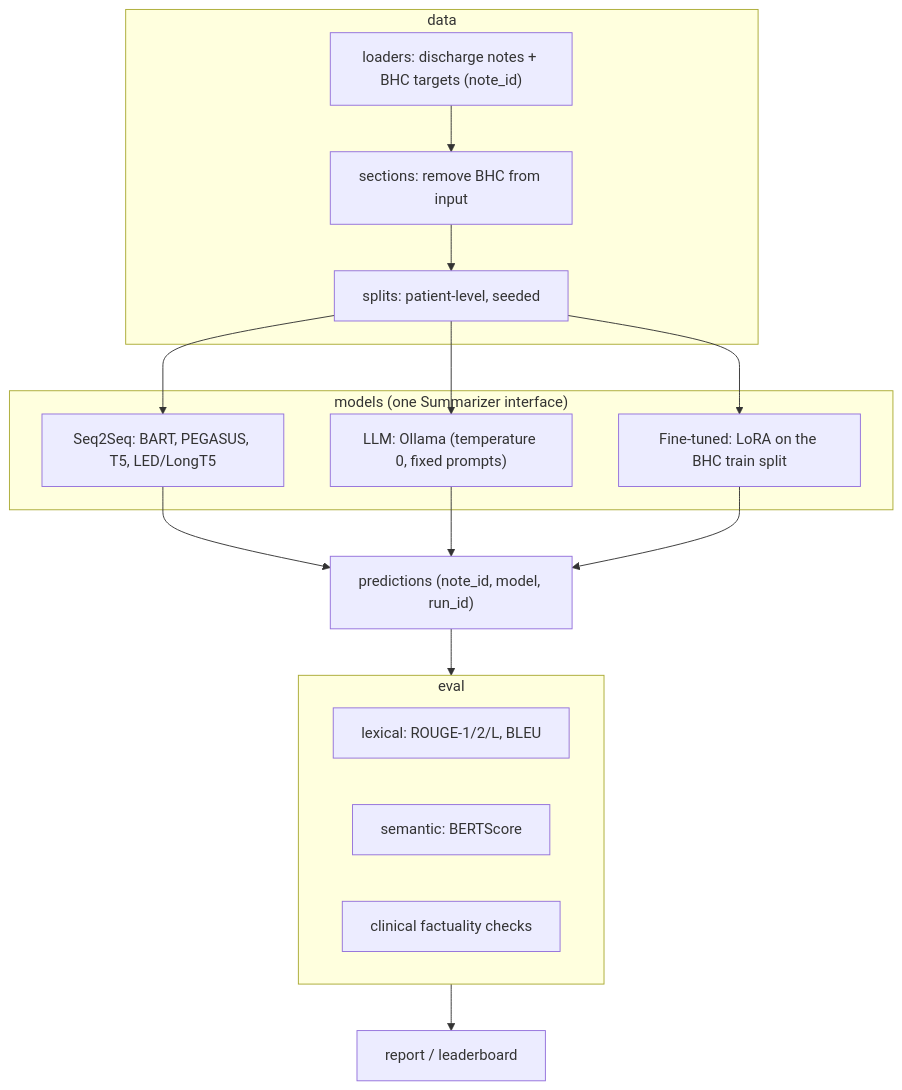
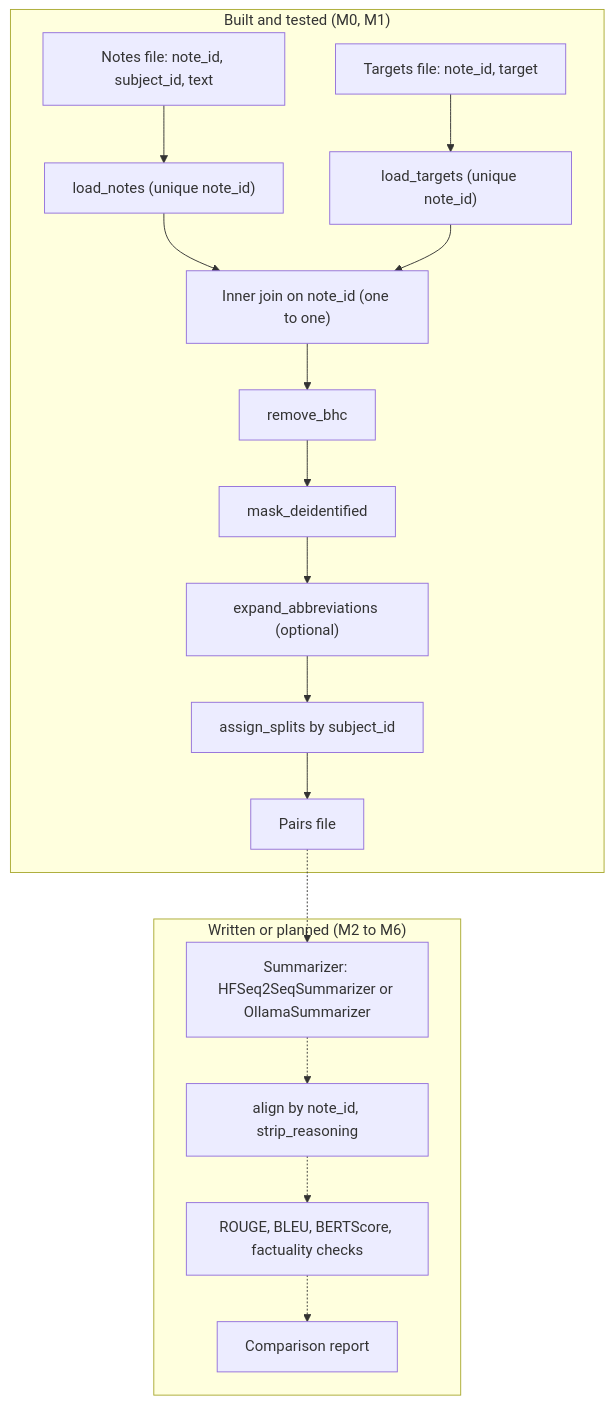
The third of 3 diagrams in README.md (KrishnaAnnavaram/dischargebench), drawn with Mermaid before and after one commit. The commit also changed other lines of this file and 4 other files, not shown here.

````diff
--- a/README.md
+++ b/README.md
@@ -25,18 +209,17 @@
 ```mermaid
 flowchart TB
-  subgraph data["data"]
-    L["loaders: discharge notes + BHC targets (note_id)"] --> S["sections: remove BHC from input"]
-    S --> SP["splits: patient-level, seeded"]
-  end
-  subgraph models["models (one Summarizer interface)"]
-    M1["Seq2Seq: BART, PEGASUS, T5, LED/LongT5"]
-    M2["LLM: Ollama (temperature 0, fixed prompts)"]
-    M3["Fine-tuned: LoRA on the BHC train split"]
-  end
-  subgraph evaluation["eval"]
-    E1["lexical: ROUGE-1/2/L, BLEU"]
-    E2["semantic: BERTScore"]
-    E3["clinical factuality checks"]
-  end
-  SP --> M1 & M2 & M3 --> P["predictions (note_id, model, run_id)"] --> evaluation --> R["report / leaderboard"]
+    subgraph BUILT["Built and tested (M0, M1)"]
+        N["Notes file: note_id, subject_id, text"] --> LN["load_notes (unique note_id)"]
+        T["Targets file: note_id, target"] --> LT["load_targets (unique note_id)"]
+        LN --> J["Inner join on note_id (one to one)"]
+        LT --> J
+        J --> R["remove_bhc"] --> MK["mask_deidentified"] --> EX["expand_abbreviations (optional)"]
+        EX --> SP["assign_splits by subject_id"] --> P["Pairs file"]
+    end
+    subgraph PLANNED["Written or planned (M2 to M6)"]
+        P -.-> S["Summarizer: HFSeq2SeqSummarizer or OllamaSummarizer"]
+        S -.-> AL["align by note_id, strip_reasoning"]
+        AL -.-> SC["ROUGE, BLEU, BERTScore, factuality checks"]
+        SC -.-> REP["Comparison report"]
+    end
 ```
````
